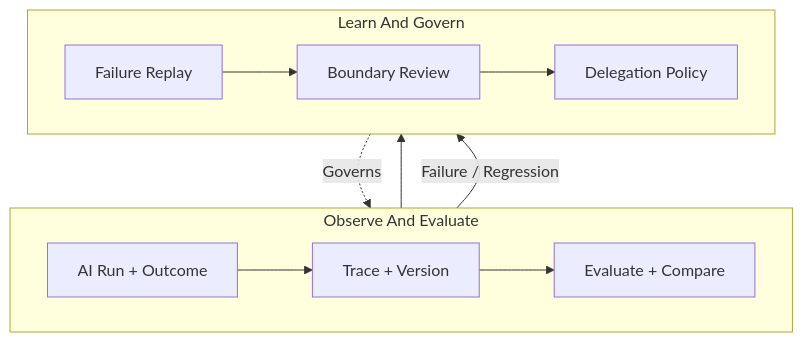
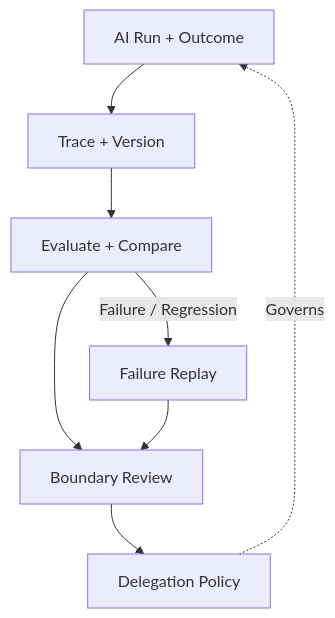
The third of 3 diagrams in docs/VISION.md (mols3131d/hmda-data-reliability), drawn with Mermaid before and after one commit. The commit also changed other lines of this file, not shown here.

Commit message:
docs: simplify vision Mermaid layouts

````diff
--- a/docs/VISION.md
+++ b/docs/VISION.md
@@ -106,16 +98,10 @@
 ```mermaid
 flowchart TB
-    subgraph observation ["Observe And Evaluate"]
-        direction LR
-        run["AI Run + Outcome"] --> trace["Trace + Version"] --> evaluate["Evaluate + Compare"]
-    end
-
-    subgraph governance ["Learn And Govern"]
-        direction LR
-        replay["Failure Replay"] --> review["Boundary Review"] --> policy["Delegation Policy"]
-    end
-
-    evaluate --> review
-    evaluate -->|Failure / Regression| replay
+    run["AI Run + Outcome"] --> trace["Trace + Version"]
+    trace --> evaluate["Evaluate + Compare"]
+    evaluate --> review["Boundary Review"]
+    evaluate -->|Failure / Regression| replay["Failure Replay"]
+    replay --> review
+    review --> policy["Delegation Policy"]
     policy -. Governs .-> run
 ```
````
